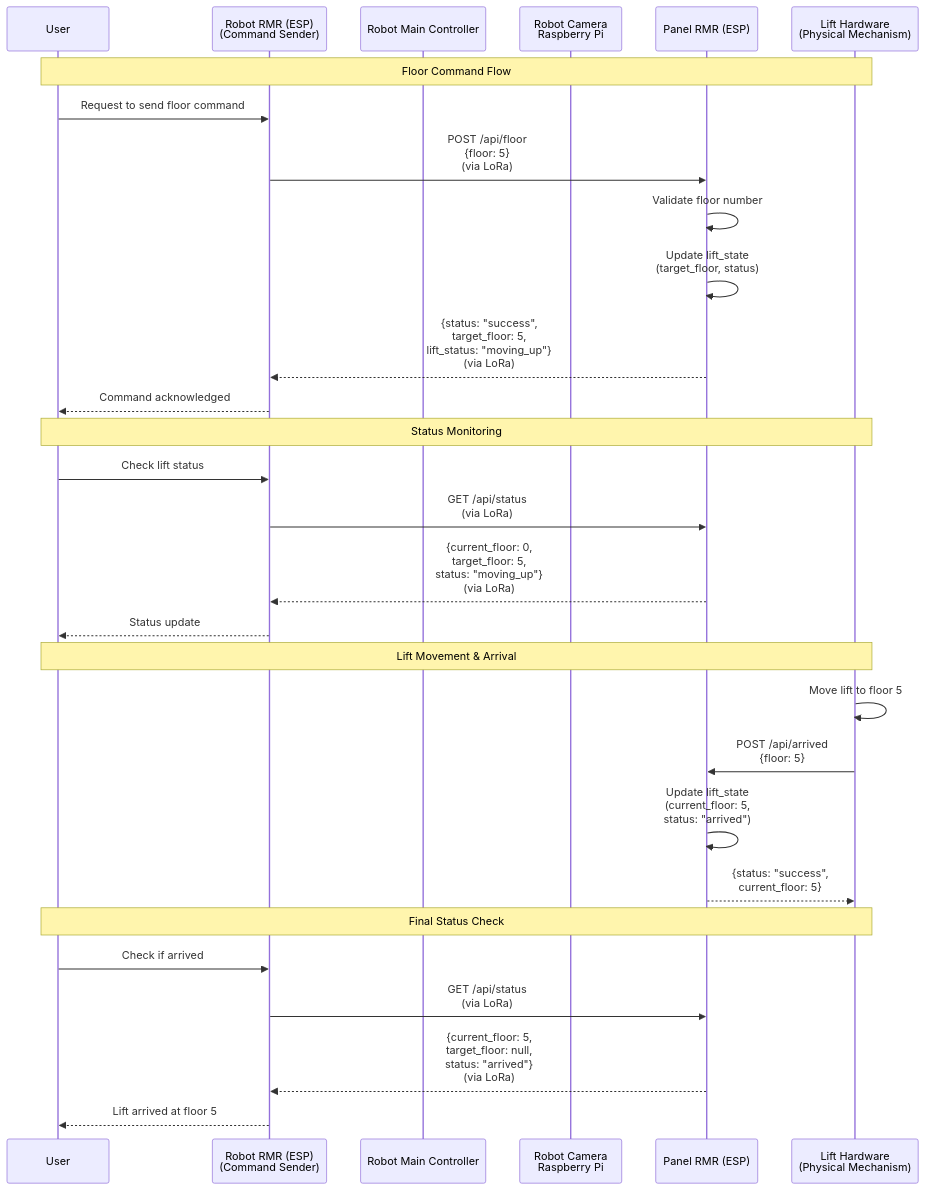
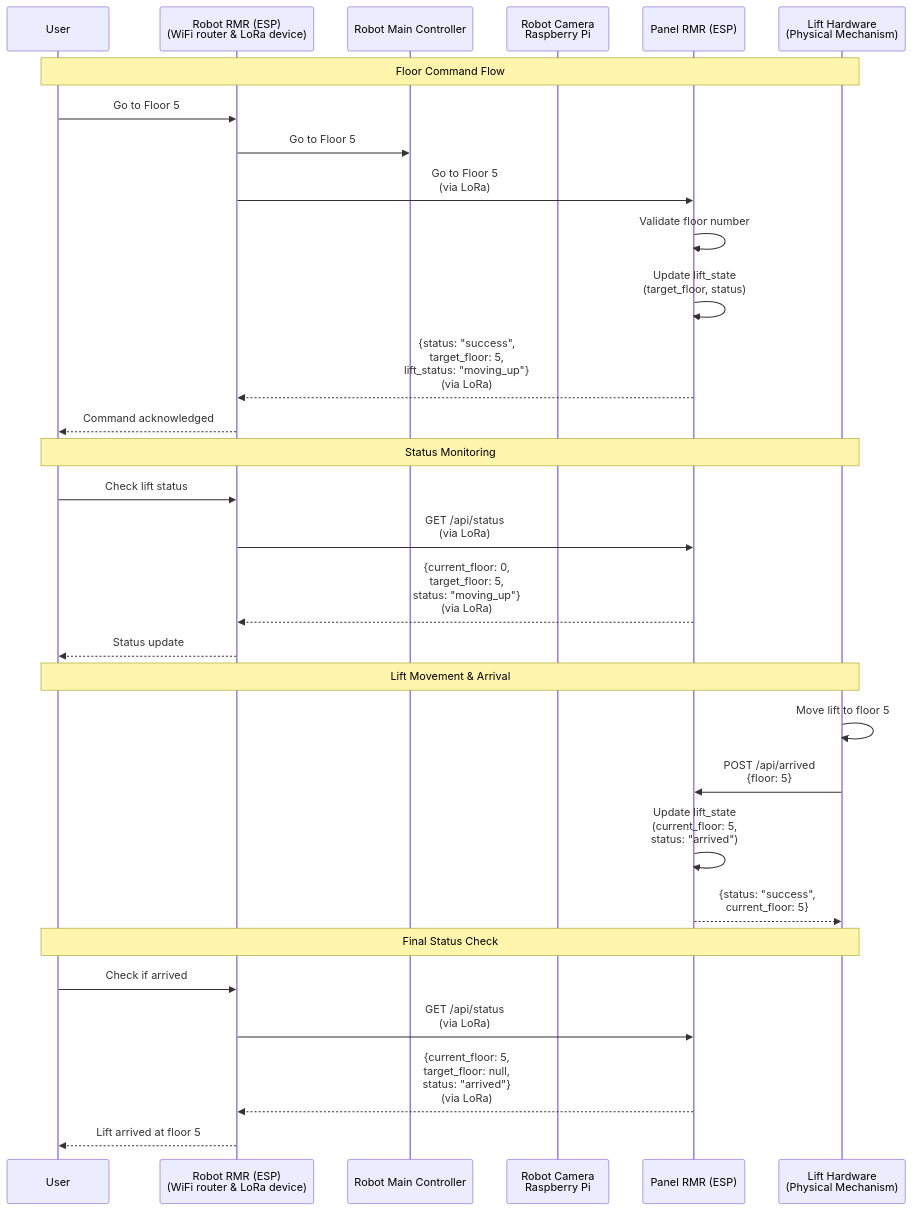
The first of 3 diagrams in sequence_diagram.md (in-is-ah/rmr), drawn with Mermaid before and after one commit.

Commit message:
Update sequence diagram for ClientPi participant

````diff
--- a/sequence_diagram.md
+++ b/sequence_diagram.md
@@ -5,35 +5,36 @@
 ```mermaid
 sequenceDiagram
     participant User
-    participant ClientPi as Robot RMR (ESP)<br/>(Command Sender)
+    participant ClientPi as Robot RMR (ESP)<br/>(WiFi router & LoRa device)
     participant RobotMainController as Robot Main Controller
     participant CameraModule as Robot Camera<br/>Raspberry Pi
     participant LiftService as Panel RMR (ESP)
     participant LiftHardware as Lift Hardware<br/>(Physical Mechanism)
 
     Note over User,LiftHardware: Floor Command Flow
-    User->>ClientPi: Request to send floor command
-    ClientPi->>LiftService: POST /api/floor<br/>{floor: 5}<br/>(via LoRa)
+    User->>ClientPi: Go to Floor 5
+    ClientPi->>RobotMainController: Go to Floor 5
+    ClientPi->>LiftService: Go to Floor 5<br/>(via LoRa)
     LiftService->>LiftService: Validate floor number
     LiftService->>LiftService: Update lift_state<br/>(target_floor, status)
     LiftService-->>ClientPi: {status: "success",<br/>target_floor: 5,<br/>lift_status: "moving_up"}<br/>(via LoRa)
     ClientPi-->>User: Command acknowledged
     
     Note over User,LiftHardware: Status Monitoring
     User->>ClientPi: Check lift status
     ClientPi->>LiftService: GET /api/status<br/>(via LoRa)
     LiftService-->>ClientPi: {current_floor: 0,<br/>target_floor: 5,<br/>status: "moving_up"}<br/>(via LoRa)
     ClientPi-->>User: Status update
     
     Note over User,LiftHardware: Lift Movement & Arrival
     LiftHardware->>LiftHardware: Move lift to floor 5
     LiftHardware->>LiftService: POST /api/arrived<br/>{floor: 5}
     LiftService->>LiftService: Update lift_state<br/>(current_floor: 5,<br/>status: "arrived")
     LiftService-->>LiftHardware: {status: "success",<br/>current_floor: 5}
     
     Note over User,LiftHardware: Final Status Check
     User->>ClientPi: Check if arrived
     ClientPi->>LiftService: GET /api/status<br/>(via LoRa)
     LiftService-->>ClientPi: {current_floor: 5,<br/>target_floor: null,<br/>status: "arrived"}<br/>(via LoRa)
     ClientPi-->>User: Lift arrived at floor 5
 ```
````
